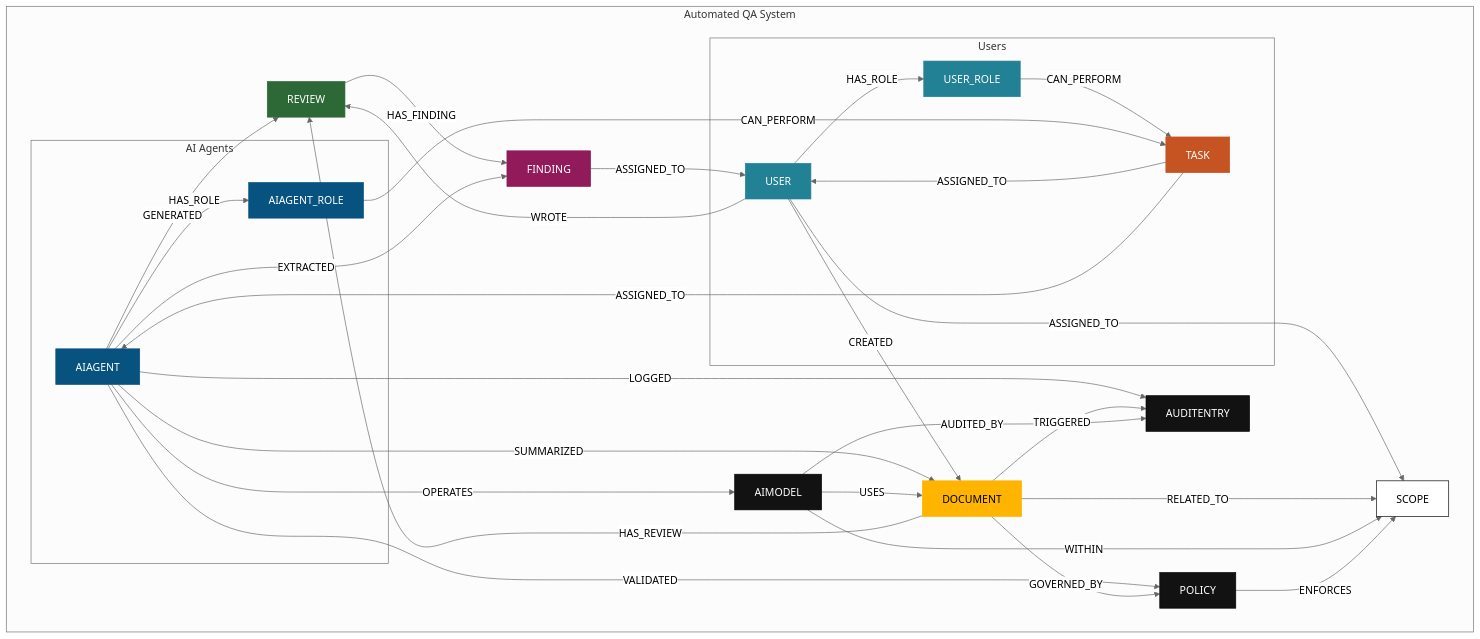
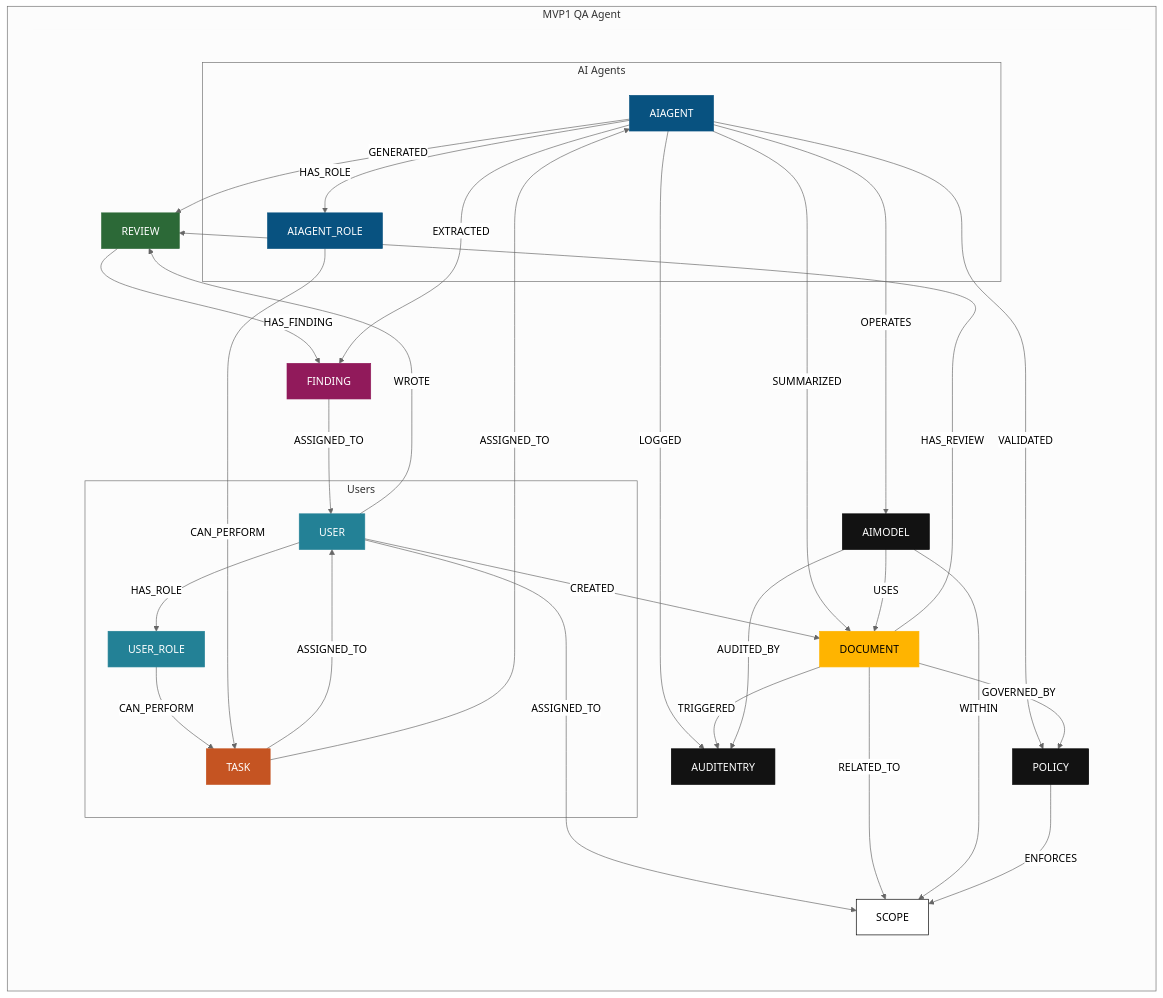
The diagram in charts-v3.md (RudyMartin/genai-specs), drawn with Mermaid (neutral theme) before and after one commit.

```diff
--- a/charts-v3.md
+++ b/charts-v3.md
@@ -5,13 +5,15 @@
 graph TD
 
 
-
+subgraph MVP1 QA Agent
 
 
 
 
   %% === DOMAIN AREA ===
-  subgraph Automated QA System
+  subgraph A [" "]
+  style A stroke:transparent;
+           
     DOCUMENT[DOCUMENT]
     REVIEW[REVIEW]
     FINDING[FINDING]
@@ -62,7 +64,8 @@
     TASK -->|ASSIGNED_TO| AIAGENT
   end
   end
-  
+
+end  
 
 %% === Corporate Palette Class Definitions ===
 classDef darkGreen fill:#05341D,stroke:#05341D,color:#FFFFFF;
```
